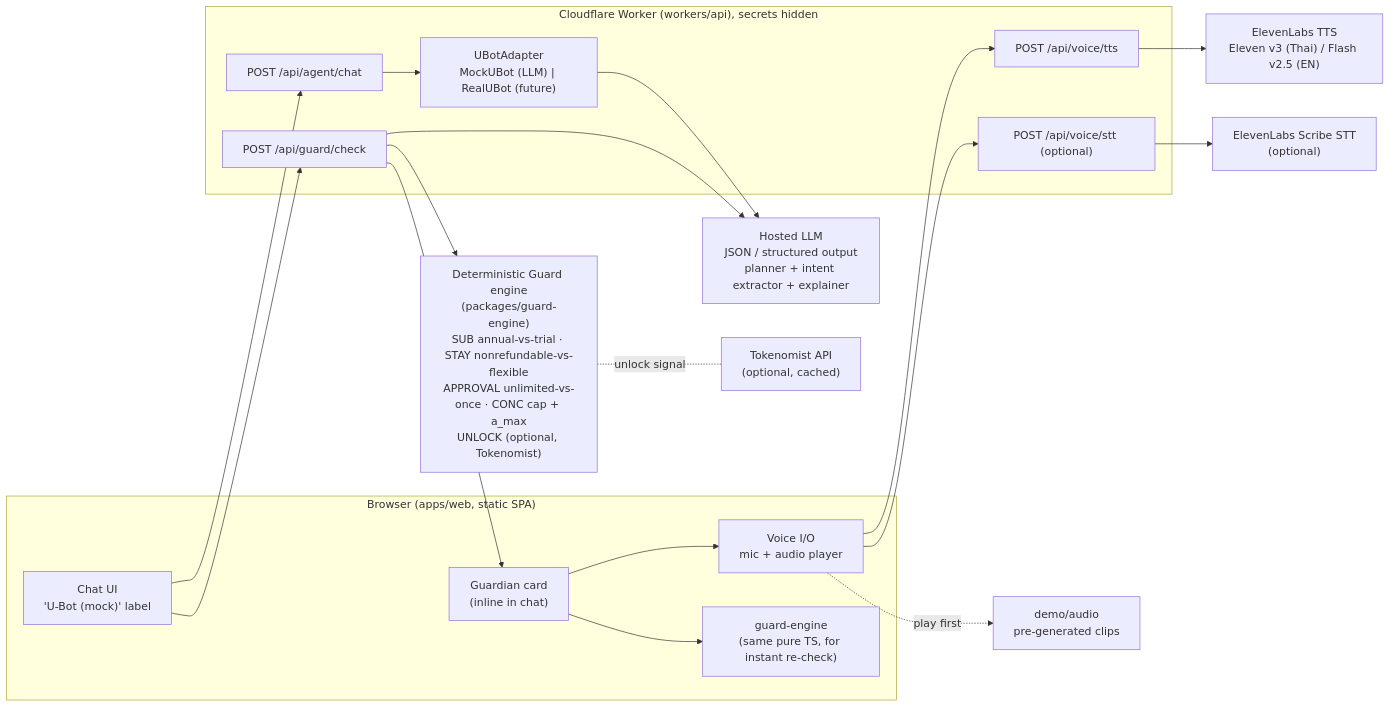
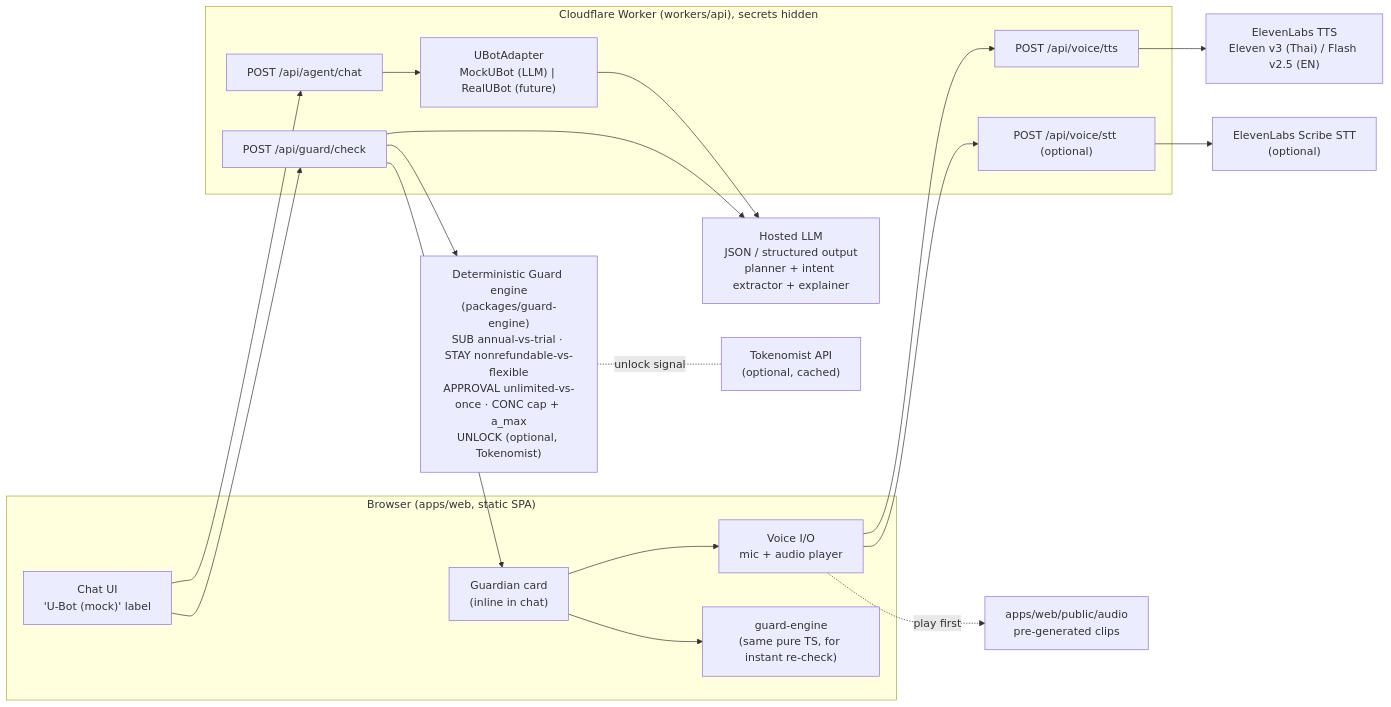
One commit to WellGr8/TopiaPause changed the first of 2 diagrams in docs/ARCHITECTURE.md. Above: the diagram before and after it, drawn with Mermaid. The commit also changed other lines of this file and 2 other files, not shown here.

Commit message:
Document voice pre-generation

````diff
--- a/docs/ARCHITECTURE.md
+++ b/docs/ARCHITECTURE.md
@@ -35,34 +35,34 @@
 ```mermaid
 flowchart LR
   subgraph B["Browser (apps/web, static SPA)"]
     UI["Chat UI<br/>'U-Bot (mock)' label"]
     GC["Guardian card<br/>(inline in chat)"]
     VO["Voice I/O<br/>mic + audio player"]
     GE1["guard-engine<br/>(same pure TS, for instant re-check)"]
   end
   subgraph W["Cloudflare Worker (workers/api), secrets hidden"]
     CHAT["POST /api/agent/chat"]
     GUARD["POST /api/guard/check"]
     TTS["POST /api/voice/tts"]
     STT["POST /api/voice/stt (optional)"]
     ADP["UBotAdapter<br/>MockUBot (LLM) | RealUBot (future)"]
   end
   LLM["Hosted LLM<br/>JSON / structured output<br/>planner + intent extractor + explainer"]
   ENG["Deterministic Guard engine<br/>(packages/guard-engine)<br/>SUB annual-vs-trial · STAY nonrefundable-vs-flexible<br/>APPROVAL unlimited-vs-once · CONC cap + a_max<br/>UNLOCK (optional, Tokenomist)"]
   EL["ElevenLabs TTS<br/>Eleven v3 (Thai) / Flash v2.5 (EN)"]
   SC["ElevenLabs Scribe STT<br/>(optional)"]
   TK["Tokenomist API<br/>(optional, cached)"]
-  CLIPS["demo/audio<br/>pre-generated clips"]
+  CLIPS["apps/web/public/audio<br/>pre-generated clips"]
 
   UI --> CHAT --> ADP --> LLM
   UI --> GUARD
   GUARD --> LLM
   GUARD --> ENG
   ENG -. "unlock signal" .- TK
   GUARD --> GC
   GC --> VO
   VO --> TTS --> EL
   VO --> STT --> SC
   VO -. "play first" .-> CLIPS
   GC --> GE1
 ```
````
